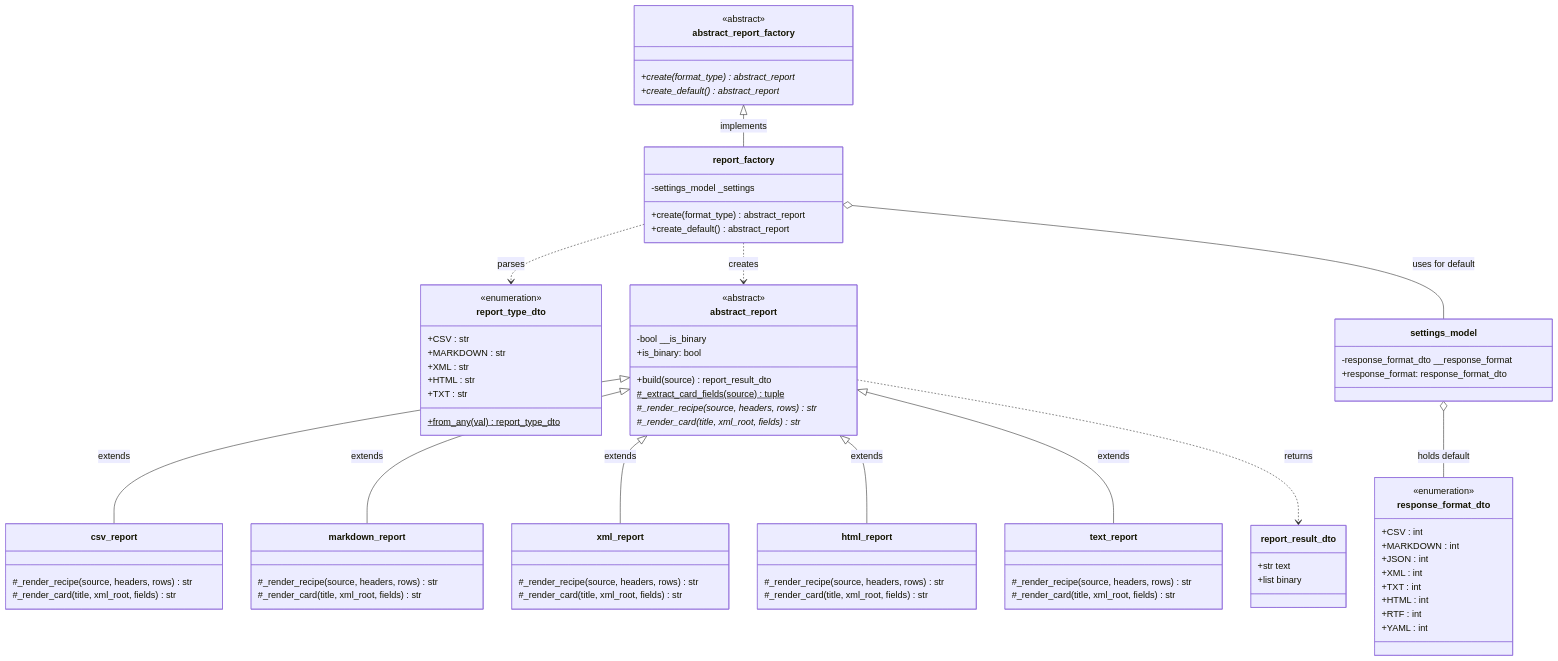
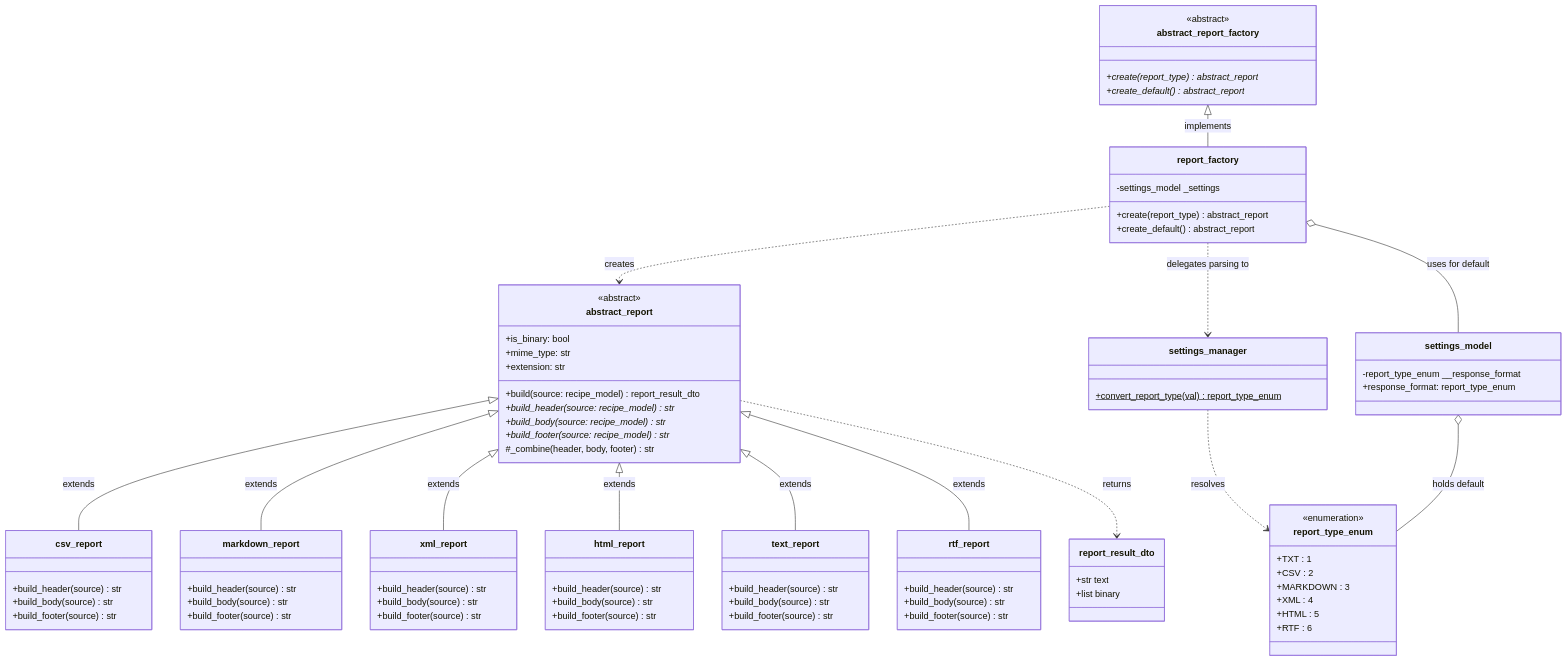
One commit to Turik06/Patterns_Suleymanov changed the first of 2 diagrams in Docs/ReportFactory.md. Above: the diagram before and after it, drawn with Mermaid. The commit also changed other lines of this file and 1 other file, not shown here.

Commit message:
update architecture and report factory documentation

````diff
--- a/Docs/ReportFactory.md
+++ b/Docs/ReportFactory.md
@@ -12,71 +12,76 @@
 
     class abstract_report_factory {
         <<abstract>>
-        +create(format_type) abstract_report*
+        +create(report_type) abstract_report*
         +create_default() abstract_report*
     }
 
     class report_factory {
         -settings_model _settings
-        +create(format_type) abstract_report
+        +create(report_type) abstract_report
         +create_default() abstract_report
     }
 
-    class report_type_dto {
+    class report_type_enum {
         <<enumeration>>
-        +CSV : str
-        +MARKDOWN : str
-        +XML : str
-        +HTML : str
-        +TXT : str
-        +from_any(val)$ report_type_dto
+        +TXT : 1
+        +CSV : 2
+        +MARKDOWN : 3
+        +XML : 4
+        +HTML : 5
+        +RTF : 6
     }
 
-    class response_format_dto {
-        <<enumeration>>
-        +CSV : int
-        +MARKDOWN : int
-        +JSON : int
-        +XML : int
-        +TXT : int
-        +HTML : int
-        +RTF : int
-        +YAML : int
+    class settings_manager {
+        +convert_report_type(val)$ report_type_enum
     }
 
     class abstract_report {
         <<abstract>>
-        -bool __is_binary
         +is_binary: bool
-        +build(source) report_result_dto
-        #_extract_card_fields(source)$ tuple
-        #_render_recipe(source, headers, rows)* str
-        #_render_card(title, xml_root, fields)* str
+        +mime_type: str
+        +extension: str
+        +build(source: recipe_model) report_result_dto
+        +build_header(source: recipe_model)* str
+        +build_body(source: recipe_model)* str
+        +build_footer(source: recipe_model)* str
+        #_combine(header, body, footer) str
     }
 
     class csv_report {
-        #_render_recipe(source, headers, rows) str
-        #_render_card(title, xml_root, fields) str
+        +build_header(source) str
+        +build_body(source) str
+        +build_footer(source) str
     }
 
     class markdown_report {
-        #_render_recipe(source, headers, rows) str
-        #_render_card(title, xml_root, fields) str
+        +build_header(source) str
+        +build_body(source) str
+        +build_footer(source) str
     }
 
     class xml_report {
-        #_render_recipe(source, headers, rows) str
-        #_render_card(title, xml_root, fields) str
+        +build_header(source) str
+        +build_body(source) str
+        +build_footer(source) str
     }
 
     class html_report {
-        #_render_recipe(source, headers, rows) str
-        #_render_card(title, xml_root, fields) str
+        +build_header(source) str
+        +build_body(source) str
+        +build_footer(source) str
     }
 
     class text_report {
-        #_render_recipe(source, headers, rows) str
-        #_render_card(title, xml_root, fields) str
+        +build_header(source) str
+        +build_body(source) str
+        +build_footer(source) str
+    }
+
+    class rtf_report {
+        +build_header(source) str
+        +build_body(source) str
+        +build_footer(source) str
     }
 
     class report_result_dto {
@@ -85,8 +90,8 @@
     }
 
     class settings_model {
-        -response_format_dto __response_format
-        +response_format: response_format_dto
+        -report_type_enum __response_format
+        +response_format: report_type_enum
     }
 
     abstract_report_factory <|-- report_factory : implements
@@ -95,10 +100,12 @@
     abstract_report <|-- xml_report : extends
     abstract_report <|-- html_report : extends
     abstract_report <|-- text_report : extends
+    abstract_report <|-- rtf_report : extends
 
     report_factory ..> abstract_report : creates
     report_factory o-- settings_model : uses for default
-    report_factory ..> report_type_dto : parses
-    settings_model o-- response_format_dto : holds default
+    report_factory ..> settings_manager : delegates parsing to
+    settings_manager ..> report_type_enum : resolves
+    settings_model o-- report_type_enum : holds default
     abstract_report ..> report_result_dto : returns
 ```
````
